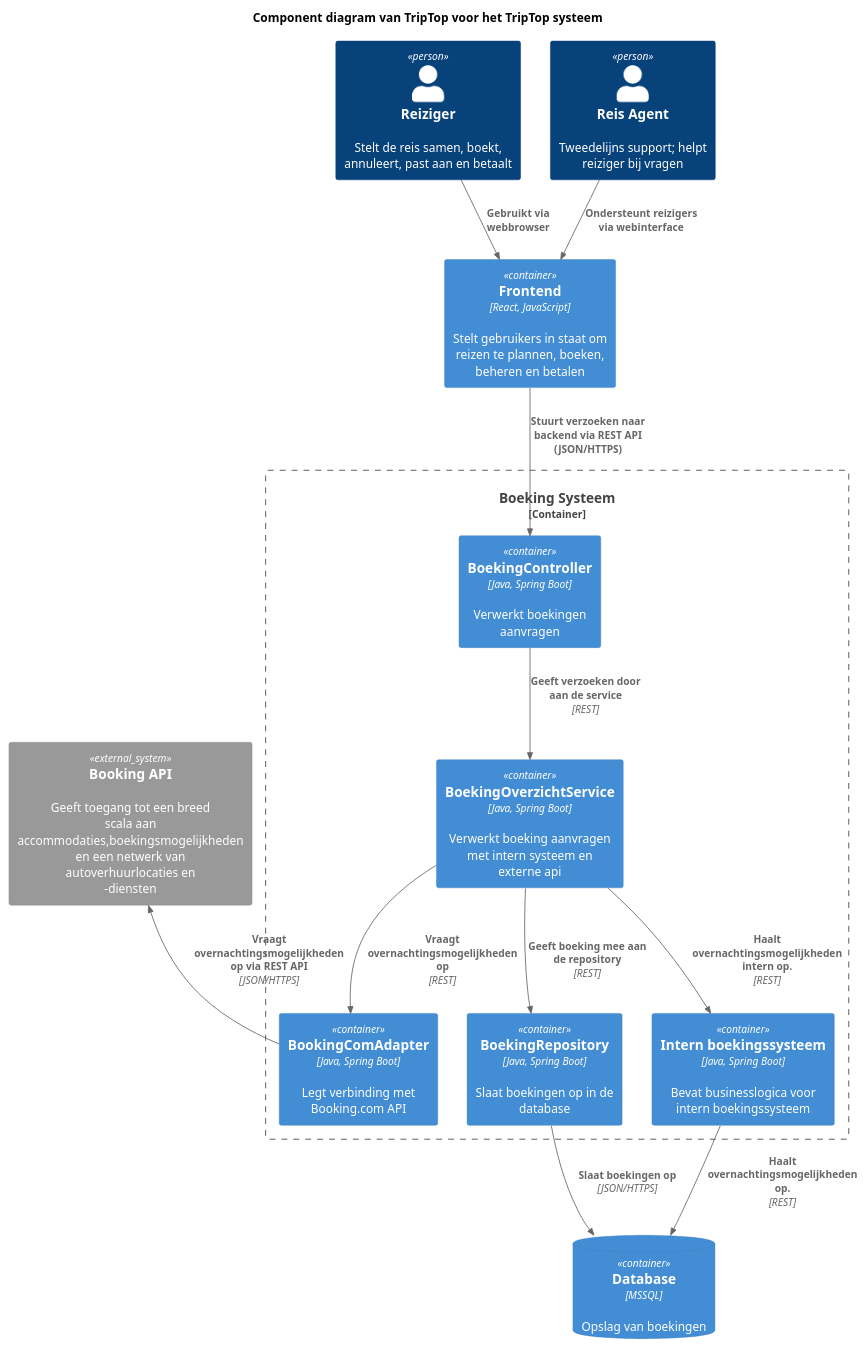
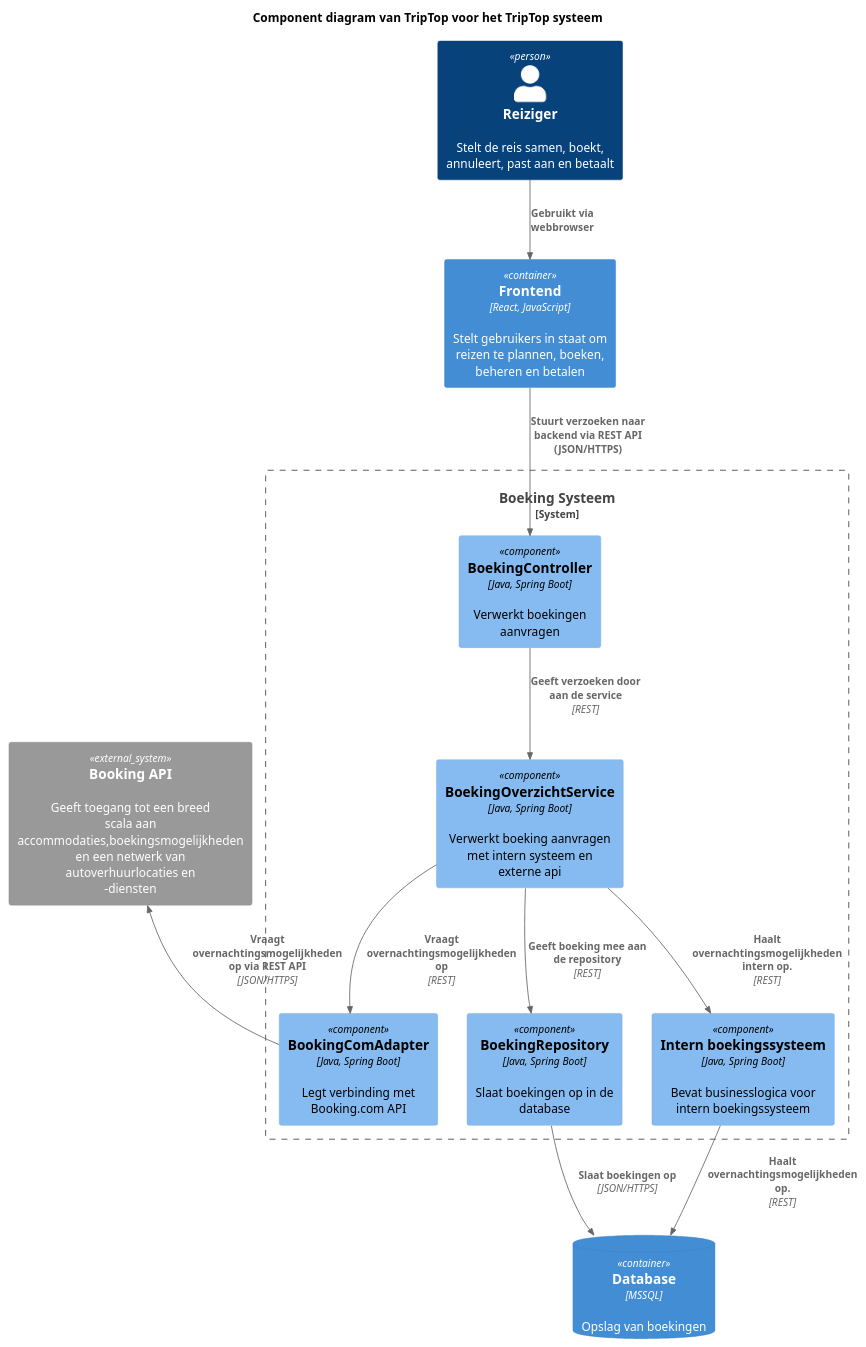
The diagram in software-guidebook/component-code/sybren/component-diagram-2.puml (AIM-ENE-feb25/triptop-asas), drawn with PlantUML before and after one commit. The commit also changed 2 other files, not shown here.

Commit message:
Added general component diagram

```diff
--- a/software-guidebook/component-code/sybren/component-diagram-2.puml
+++ b/software-guidebook/component-code/sybren/component-diagram-2.puml
@@ -1,37 +1,35 @@
 @startuml
 !include https://raw.githubusercontent.com/plantuml-stdlib/C4-PlantUML/master/C4_Component.puml
 
 title Component diagram van TripTop voor het TripTop systeem
 
 Person(reiziger, "Reiziger", "Stelt de reis samen, boekt, annuleert, past aan en betaalt")
-Person(ondersteuner, "Reis Agent", "Tweedelijns support; helpt reiziger bij vragen")
 
-Container_Boundary(triptop, "Boeking Systeem") {
-    Container(controller, "BoekingController", "Java, Spring Boot", "Verwerkt boekingen aanvragen")
-    Container(boeking_overzicht_service, BoekingOverzichtService, "Java, Spring Boot", "Verwerkt boeking aanvragen met intern systeem en externe api")
-    Container(boeking_repository, "BoekingRepository", "Java, Spring Boot", "Slaat boekingen op in de database")
-    Container(booking_com_adapter, "BookingComAdapter", "Java, Spring Boot", "Legt verbinding met Booking.com API")
-    Container(intern_boeking_systeem, "Intern boekingssysteem", "Java, Spring Boot", "Bevat businesslogica voor intern boekingssysteem")
+System_Boundary(triptop, "Boeking Systeem") {
+    Component(controller, "BoekingController", "Java, Spring Boot", "Verwerkt boekingen aanvragen")
+    Component(boeking_overzicht_service, BoekingOverzichtService, "Java, Spring Boot", "Verwerkt boeking aanvragen met intern systeem en externe api")
+    Component(boeking_repository, "BoekingRepository", "Java, Spring Boot", "Slaat boekingen op in de database")
+    Component(booking_com_adapter, "BookingComAdapter", "Java, Spring Boot", "Legt verbinding met Booking.com API")
+    Component(intern_boeking_systeem, "Intern boekingssysteem", "Java, Spring Boot", "Bevat businesslogica voor intern boekingssysteem")
 }
 
  Container(frontend, "Frontend", "React, JavaScript", "Stelt gebruikers in staat om reizen te plannen, boeken, beheren en betalen")
  ContainerDb(database, "Database", "MSSQL", "Opslag van boekingen")
 
 System_Ext(booking, "Booking API ", "Geeft toegang tot een breed scala aan accommodaties,boekingsmogelijkheden en een netwerk van autoverhuurlocaties en -diensten")
 
 
 ' Relaties gebruiker naar containers
 Rel(reiziger, frontend, "Gebruikt via webbrowser")
-Rel(ondersteuner, frontend, "Ondersteunt reizigers via webinterface")
 
 ' Relaties tussen containers binnen TripTop
 Rel(frontend, controller, "Stuurt verzoeken naar backend via REST API (JSON/HTTPS)")
 Rel(controller, boeking_overzicht_service, "Geeft verzoeken door aan de service", "REST")
 Rel(boeking_overzicht_service, booking_com_adapter, "Vraagt overnachtingsmogelijkheden op", "REST")
 ' Relaties backend naar externe systemen
 Rel_U(booking_com_adapter, booking, "Vraagt overnachtingsmogelijkheden op via REST API", "JSON/HTTPS")
 Rel(boeking_overzicht_service, intern_boeking_systeem, "Haalt overnachtingsmogelijkheden intern op.", "REST")
 Rel(intern_boeking_systeem, database, "Haalt overnachtingsmogelijkheden op.", "REST")
 Rel(boeking_overzicht_service, boeking_repository, "Geeft boeking mee aan de repository", "REST")
 Rel(boeking_repository, database, "Slaat boekingen op", "JSON/HTTPS")
 @enduml
```
